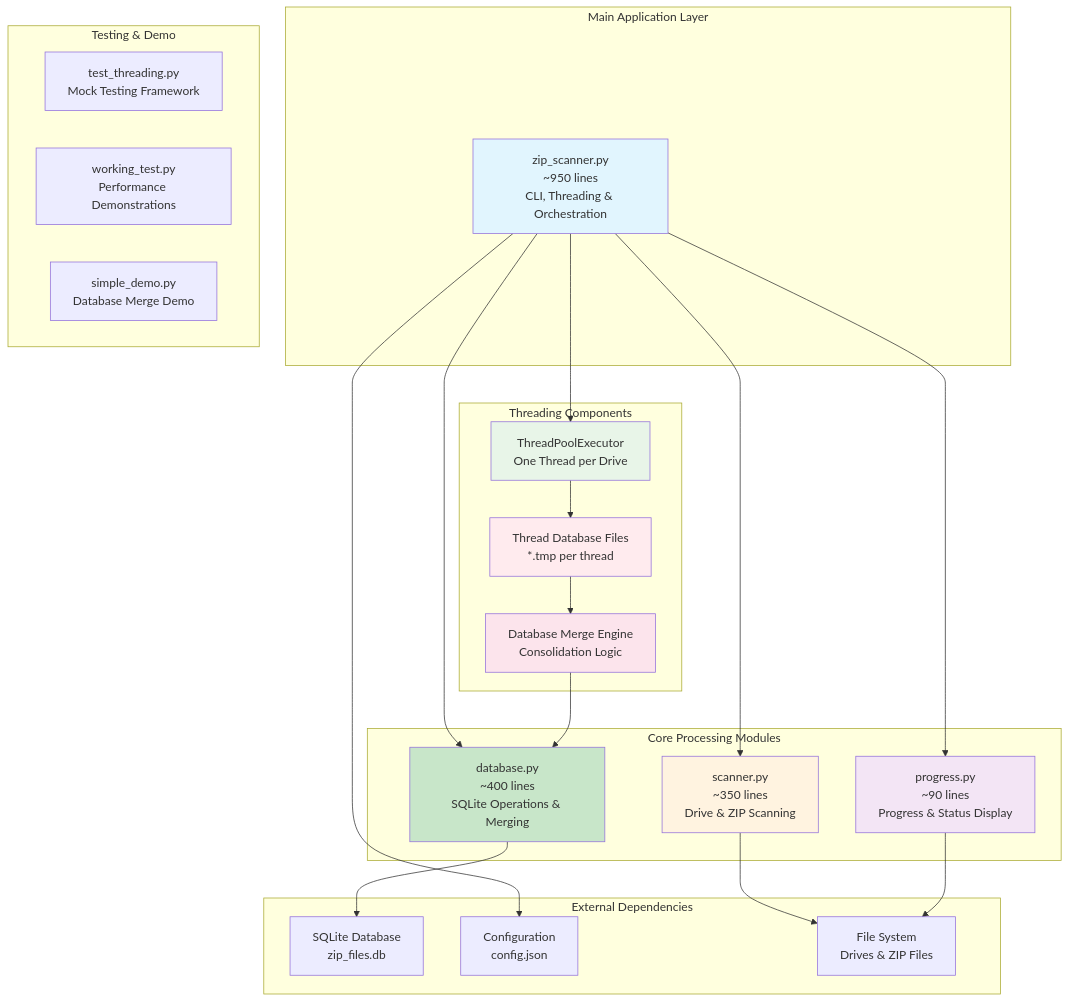
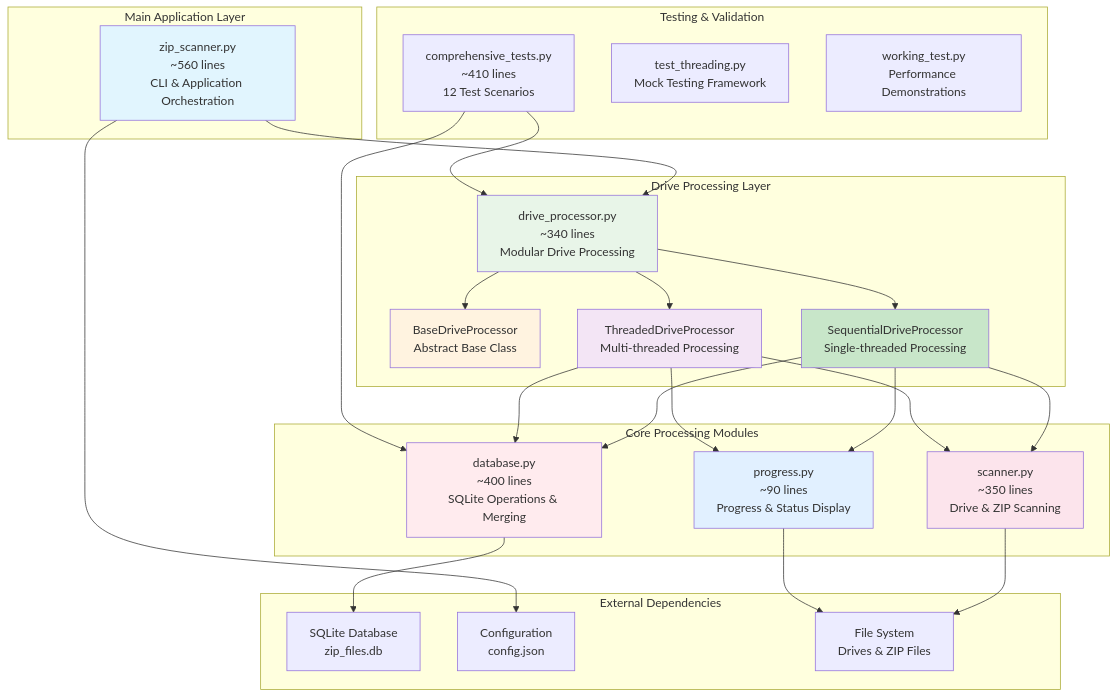
One commit to cschladetsch/PySeachZips changed the fourth of 5 diagrams in README.md. Above: the diagram before and after it, drawn with Mermaid. The commit also changed other lines of this file, not shown here.

First line of the commit message:
Update README.md with comprehensive refactoring documentation

````diff
--- a/README.md
+++ b/README.md
@@ -169,50 +194,57 @@
 ```mermaid
 graph TB
     subgraph "Main Application Layer"
-        A[zip_scanner.py<br/>~950 lines<br/>CLI, Threading & Orchestration]
+        A[zip_scanner.py<br/>~560 lines<br/>CLI & Application Orchestration]
+    end
+    
+    subgraph "Drive Processing Layer"
+        B[drive_processor.py<br/>~340 lines<br/>Modular Drive Processing]
+        B1[BaseDriveProcessor<br/>Abstract Base Class]
+        B2[SequentialDriveProcessor<br/>Single-threaded Processing]
+        B3[ThreadedDriveProcessor<br/>Multi-threaded Processing]
+        B --> B1
+        B --> B2
+        B --> B3
     end
     
     subgraph "Core Processing Modules"
-        B[database.py<br/>~400 lines<br/>SQLite Operations & Merging]
-        C[scanner.py<br/>~350 lines<br/>Drive & ZIP Scanning]
-        D[progress.py<br/>~90 lines<br/>Progress & Status Display]
+        C[database.py<br/>~400 lines<br/>SQLite Operations & Merging]
+        D[scanner.py<br/>~350 lines<br/>Drive & ZIP Scanning]
+        E[progress.py<br/>~90 lines<br/>Progress & Status Display]
     end
     
-    subgraph "Threading Components"
-        E[ThreadPoolExecutor<br/>One Thread per Drive]
-        F[Thread Database Files<br/>*.tmp per thread]
-        G[Database Merge Engine<br/>Consolidation Logic]
-    end
-    
-    subgraph "Testing & Demo"
-        H[test_threading.py<br/>Mock Testing Framework]
-        I[working_test.py<br/>Performance Demonstrations]
-        J[simple_demo.py<br/>Database Merge Demo]
+    subgraph "Testing & Validation"
+        F[comprehensive_tests.py<br/>~410 lines<br/>12 Test Scenarios]
+        G[test_threading.py<br/>Mock Testing Framework]
+        H[working_test.py<br/>Performance Demonstrations]
     end
     
     subgraph "External Dependencies"
-        K[SQLite Database<br/>zip_files.db]
-        L[Configuration<br/>config.json]
-        M[File System<br/>Drives & ZIP Files]
+        I[SQLite Database<br/>zip_files.db]
+        J[Configuration<br/>config.json]
+        K[File System<br/>Drives & ZIP Files]
     end
     
     A --> B
-    A --> C
-    A --> D
-    A --> E
-    E --> F
-    F --> G
-    G --> B
-    B --> K
-    A --> L
-    C --> M
-    D --> M
+    B2 --> C
+    B2 --> D
+    B2 --> E
+    B3 --> C
+    B3 --> D
+    B3 --> E
+    C --> I
+    A --> J
+    D --> K
+    E --> K
+    F --> B
+    F --> C
     
     style A fill:#e1f5fe
-    style B fill:#c8e6c9
-    style C fill:#fff3e0
-    style D fill:#f3e5f5
-    style E fill:#e8f5e8
-    style F fill:#ffebee
-    style G fill:#fce4ec
+    style B fill:#e8f5e8
+    style B1 fill:#fff3e0
+    style B2 fill:#c8e6c9
+    style B3 fill:#f3e5f5
+    style C fill:#ffebee
+    style D fill:#fce4ec
+    style E fill:#e1f0ff
 ```
````
